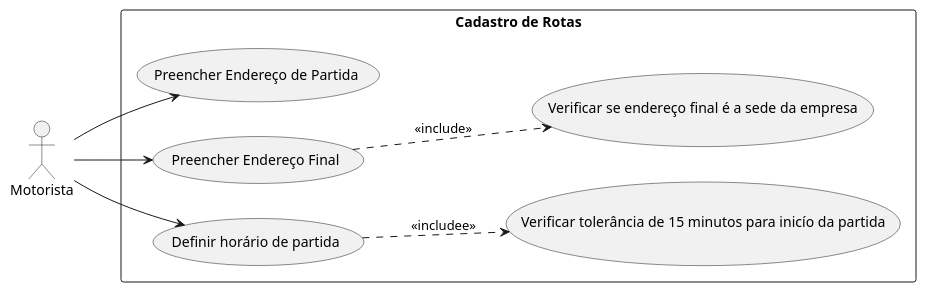
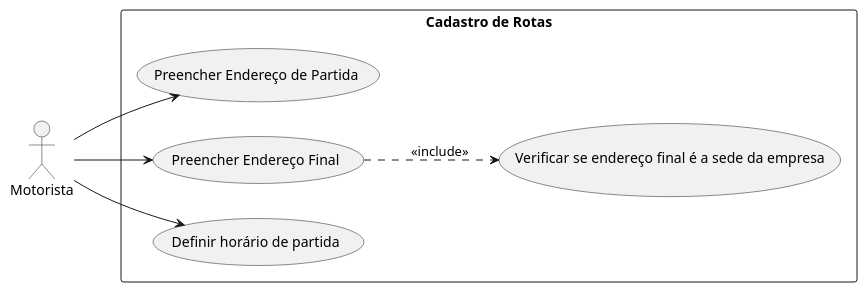
Before and after one commit to AnaBeatrizA-Silva/CaronaCorporativa_EngSof: the diagram in estudoDeCasos/cadastroRota.puml, drawn with PlantUML. The commit also changed 7 other files, not shown here.

```diff
--- a/estudoDeCasos/cadastroRota.puml
+++ b/estudoDeCasos/cadastroRota.puml
@@ -1,21 +1,19 @@
 @startuml Cadastro de Rotas
 
 left to right direction
 
 actor Motorista
 
 rectangle "Cadastro de Rotas" {
     usecase "Preencher Endereço de Partida" as cadRota_EndPart
     usecase "Preencher Endereço Final" as cadRota_EndFinal
     usecase "Verificar se endereço final é a sede da empresa" as cadRota_VeriEndFinal
     usecase "Definir horário de partida" as cadRota_DefiHoraPart
-    usecase "Verificar tolerância de 15 minutos para inicío da partida" as cadRota_VeriTolePart
 }
 
 Motorista --> cadRota_EndPart
 Motorista --> cadRota_EndFinal
 Motorista --> cadRota_DefiHoraPart
 cadRota_EndFinal ..> cadRota_VeriEndFinal: <<include>>
-cadRota_DefiHoraPart ..> cadRota_VeriTolePart: <<includee>>
 
 @enduml
```
